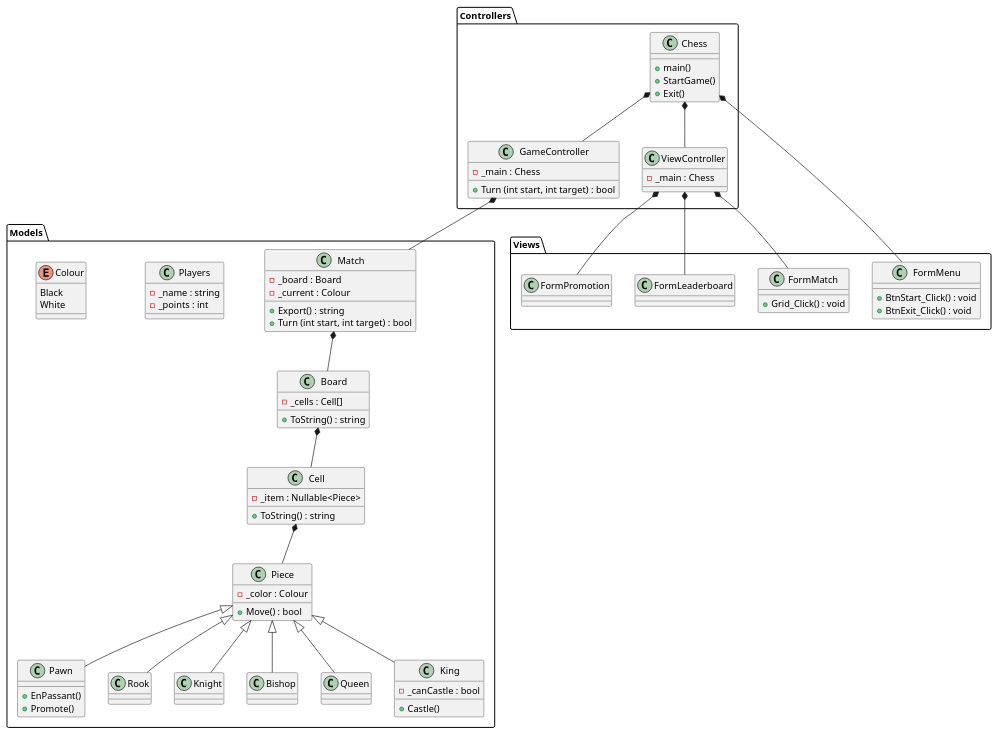
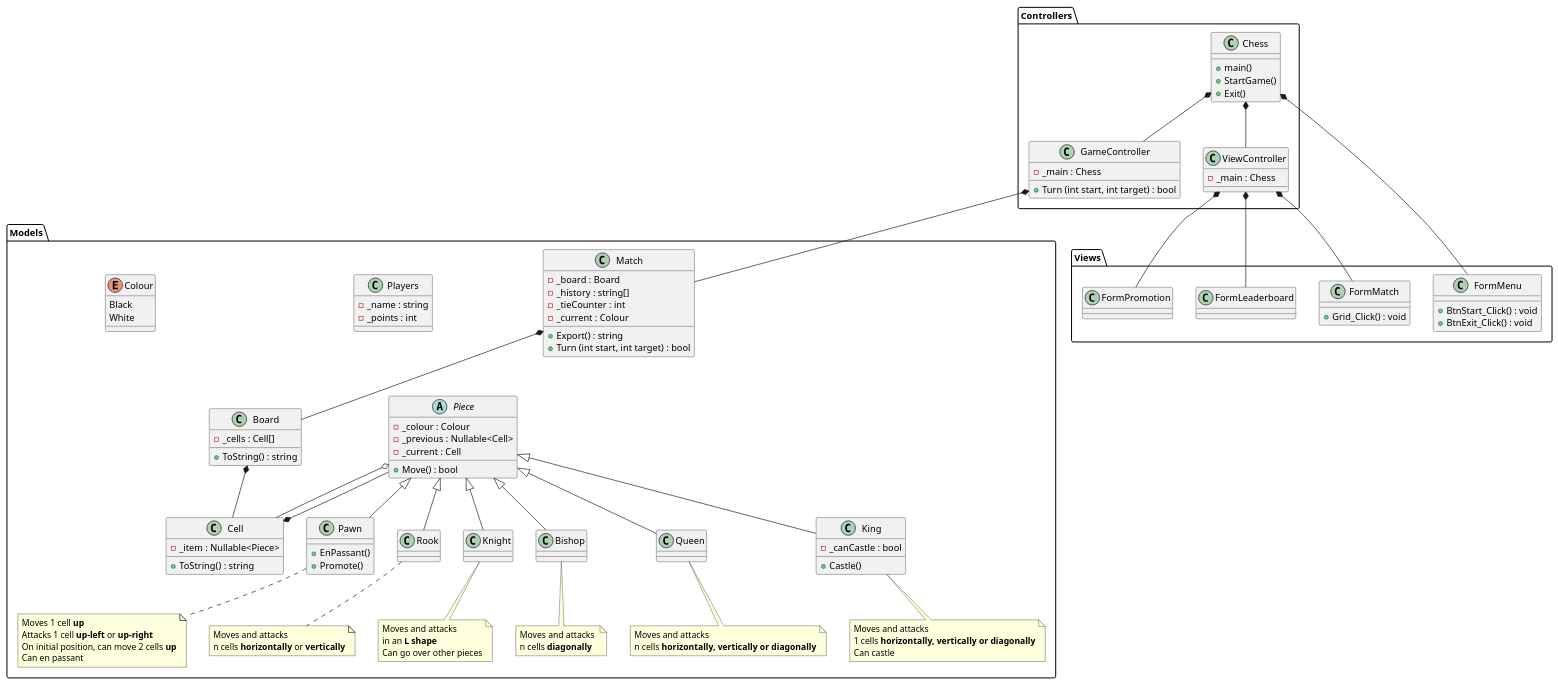
One commit to darkhappy/chess changed the diagram in Diagrams/Class.puml. Above: the diagram before and after it, drawn with PlantUML.

Commit message:
Added notes

```diff
--- a/Diagrams/Class.puml
+++ b/Diagrams/Class.puml
@@ -1,82 +1,138 @@
 @startuml
+
 'https://plantuml.com/class-diagram
 namespace Models {
-    class Piece {
-        - _color : Colour
+    abstract class Piece {
+        - _colour : Colour
+        - _previous : Nullable<Cell>
+        - _current : Cell
         + Move() : bool
     }
+
     class Pawn extends Piece {
         + EnPassant()
         + Promote()
     }
-    class Rook extends Piece {}
-    class Knight extends Piece {}
-    class Bishop extends Piece {}
-    class Queen extends Piece {}
+    note bottom of Pawn
+        Moves 1 cell <b>up</b>
+        Attacks 1 cell <b>up-left</b> or <b>up-right</b>
+        On initial position, can move 2 cells <b>up</b>
+        Can en passant
+    end note
+
+    class Rook  extends Piece {
+
+    }
+    note bottom of Rook
+        Moves and attacks 
+        n cells <b>horizontally</b> or <b>vertically</b>
+    end note
+
+    class Knight extends Piece {
+
+    }
+    note bottom of Knight
+        Moves and attacks 
+        in an <b>L shape</b>
+        Can go over other pieces
+    end note
+
+    class Bishop extends Piece {
+
+    }
+    note bottom of Bishop
+        Moves and attacks 
+        n cells <b>diagonally</b>
+    end note
+
+    class Queen extends Piece {
+
+    }
+    note bottom of Queen
+        Moves and attacks 
+        n cells <b>horizontally, vertically or diagonally</b>
+    end note
+
     class King extends Piece {
         - _canCastle : bool
         + Castle()
     }
+    note bottom of King
+        Moves and attacks 
+        1 cells <b>horizontally, vertically or diagonally</b>
+        Can castle
+    end note
+
     class Match {
         - _board : Board
+        - _history : string[]
+        - _tieCounter : int
         - _current : Colour
         + Export() : string
         + Turn (int start, int target) : bool
     }
     class Board {
         - _cells : Cell[]
         + ToString() : string
     }
     class Cell {
         - _item : Nullable<Piece>
         + ToString() : string
+
     }
     class Players {
         - _name : string
         - _points : int
     }
     enum Colour {
         Black
         White
     }
+
+    Match *-- Board
+    Board *-- Cell
+    Cell *-- Piece
+    Piece o-- Cell
 }
 
 namespace Controllers {
     class Chess {
         + main() 
         + StartGame()
         + Exit()
     }
     class GameController  {
         - _main : Chess
         + Turn (int start, int target) : bool
     }
     class ViewController  {
         - _main : Chess
     }
+
+    Chess *-- GameController
+    Chess *-- ViewController
 }
 
 namespace Views {
     class FormMenu {
         + BtnStart_Click() : void
         + BtnExit_Click() : void
     }
     class FormMatch {
         + Grid_Click() : void
     }
-    class FormLeaderboard {}
-    class FormPromotion {}
+    class FormLeaderboard {
+                   
+    }
+    class FormPromotion {
+        
+    }
 }
 
-Controllers.Chess *-- Controllers.GameController
-Controllers.Chess *-- Controllers.ViewController
 Controllers.GameController *-- Models.Match
 Controllers.Chess *-- Views.FormMenu
-Controllers.ViewController *-- Views.FormMatch
-Controllers.ViewController *-- Views.FormLeaderboard
+                      Controllers.ViewController *-- Views.FormMatch
+                      Controllers.ViewController *-- Views.FormLeaderboard
 Controllers.ViewController *-- Views.FormPromotion
-Models.Match *-- Models.Board
-Models.Board *-- Models.Cell
-Models.Cell *-- Models.Piece
 
 @enduml
```
